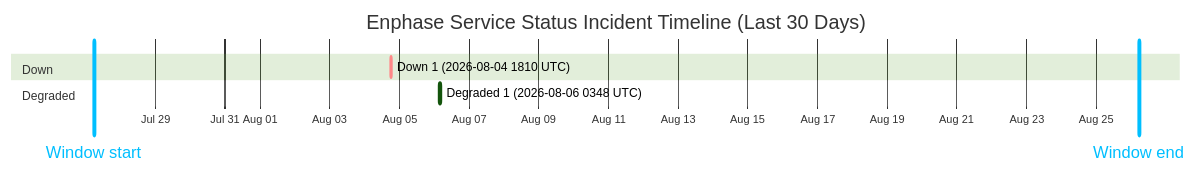
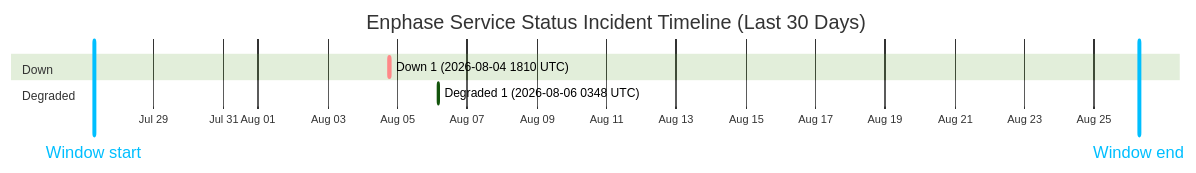
One commit to barneyonline/ha-enphase-energy changed the diagram in wiki/Service-Status-History.md. Above: the diagram before and after it, drawn with Mermaid (forest theme). The commit also changed other lines of this file and 3 other files, not shown here.

````diff
--- a/wiki/Service-Status-History.md
+++ b/wiki/Service-Status-History.md
@@ -14,12 +14,12 @@
 ```mermaid
 gantt
     title Enphase Service Status Incident Timeline (Last 30 Days)
     dateFormat  YYYY-MM-DDTHH:mm:ss
     axisFormat  %b %d
-    Window start :vert, window-start, 2026-07-27T05:32:09, 0ms
-    Window end :vert, window-end, 2026-08-26T05:32:09, 0ms
+    Window start :vert, window-start, 2026-07-27T06:44:38, 0ms
+    Window end :vert, window-end, 2026-08-26T06:44:38, 0ms
     section Down
     Down 1 (2026-08-04 1810 UTC) :crit, down-1, 2026-08-04T18:10:46, 60m
     section Degraded
     Degraded 1 (2026-08-06 0348 UTC) :active, degraded-1, 2026-08-06T03:48:14, 60m
 ```
````
